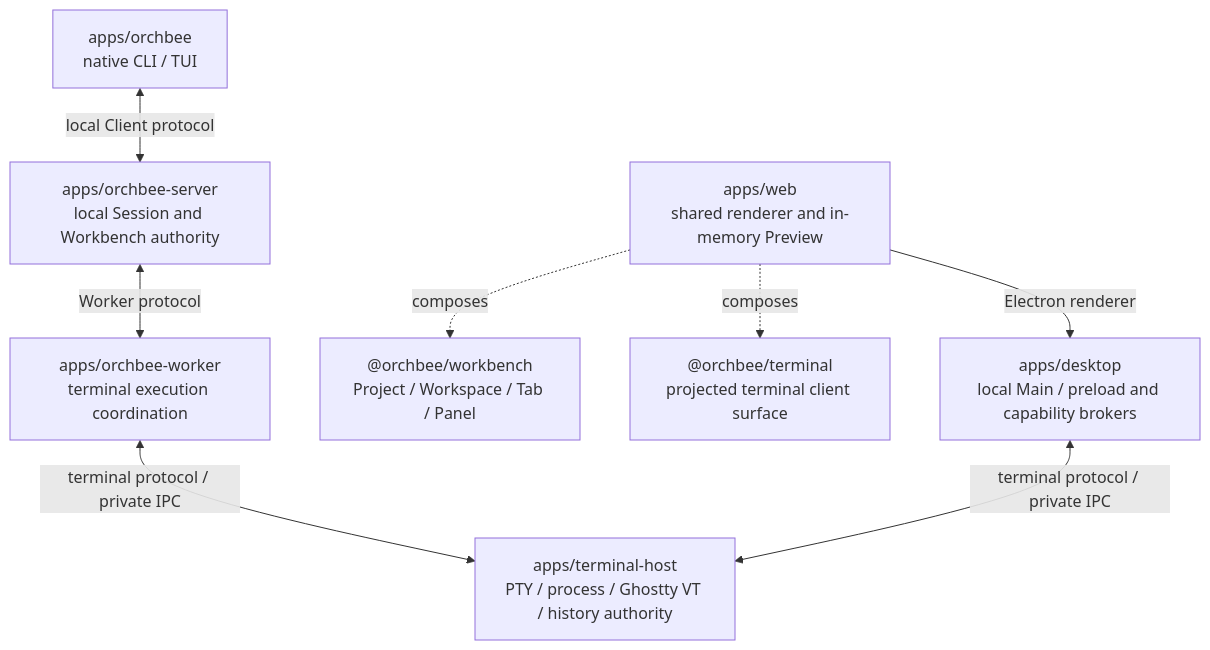
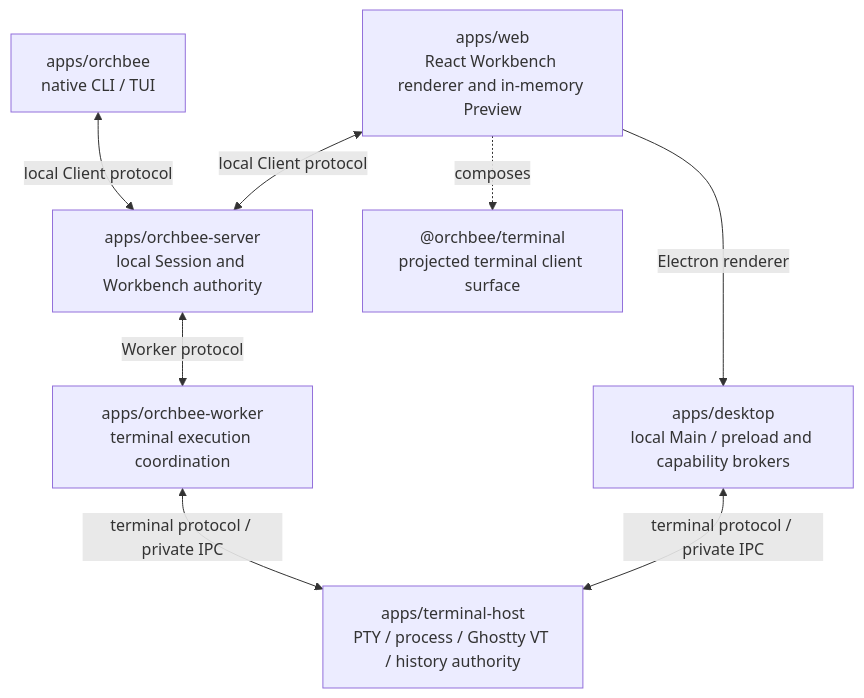
One commit to i-need-token/orchbee changed the diagram in docs/ARCHITECTURE.md. Above: the diagram before and after it, drawn with Mermaid. The commit also changed 484 other files, not shown here.

First line of the commit message:
refactor(web): move the React Workbench into apps/web

````diff
--- a/docs/ARCHITECTURE.md
+++ b/docs/ARCHITECTURE.md
@@ -24,10 +24,10 @@
 ```mermaid
 flowchart TB
  Native["apps/orchbee<br/>native CLI / TUI"] <-->|"local Client protocol"| Server["apps/orchbee-server<br/>local Session and Workbench authority"]
  Server <-->|"Worker protocol"| Worker["apps/orchbee-worker<br/>terminal execution coordination"]
  Worker <-->|"terminal protocol / private IPC"| Host["apps/terminal-host<br/>PTY / process / Ghostty VT / history authority"]
- Web["apps/web<br/>shared renderer and in-memory Preview"] -. "composes" .-> Workbench["@orchbee/workbench<br/>Project / Workspace / Tab / Panel"]
+ Web["apps/web<br/>React Workbench renderer and in-memory Preview"] <-->|"local Client protocol"| Server
  Web -. "composes" .-> Terminal["@orchbee/terminal<br/>projected terminal client surface"]
  Web -->|"Electron renderer"| Desktop["apps/desktop<br/>local Main / preload and capability brokers"]
  Desktop <-->|"terminal protocol / private IPC"| Host
 ```
````
